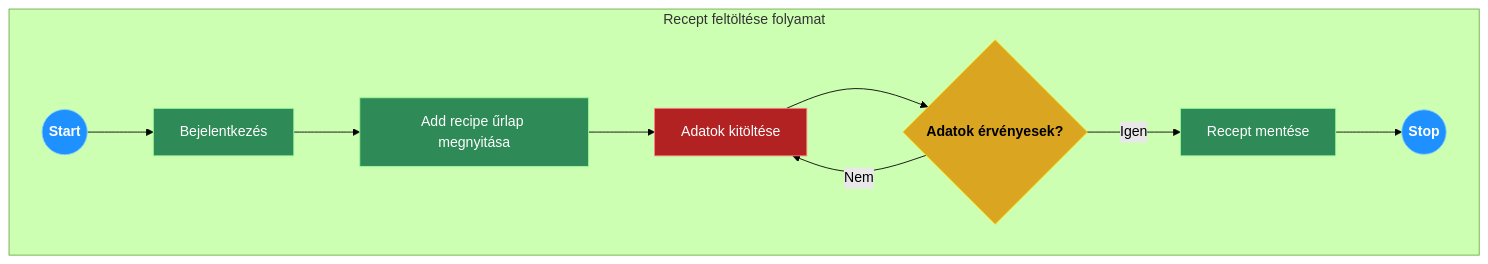
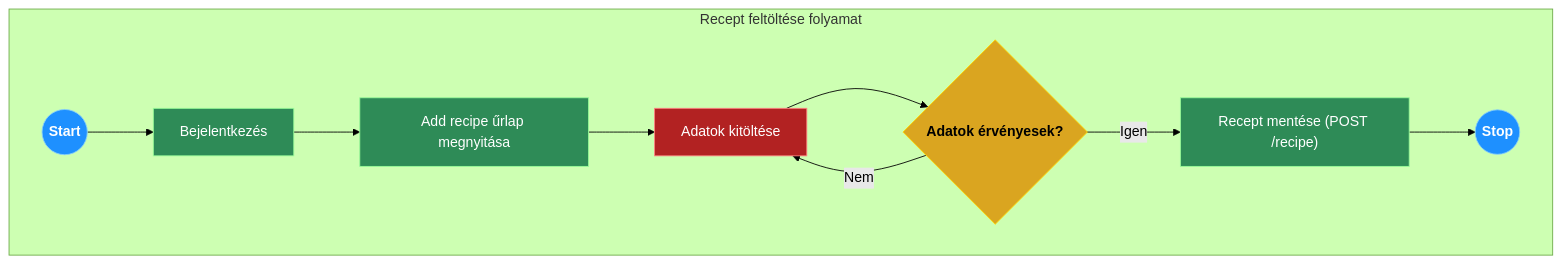
The fourth of 8 diagrams in docs/1. Rendszerterv dokumentáció.MD (bencebenko/afp-recipe-sharing), drawn with Mermaid (forest theme) before and after one commit. The commit also changed other lines of this file and 3 other files, not shown here.

````diff
--- a/docs/1. Rendszerterv dokumentáció.MD
+++ b/docs/1. Rendszerterv dokumentáció.MD
@@ -236,18 +311,18 @@
-```mermaid
+```mermaid 
 flowchart LR
     classDef startstop fill:#1E90FF,stroke:#87CEFA,color:#fff,font-weight:bold;
     classDef action fill:#2E8B57,stroke:#98FB98,color:#fff;
     classDef decision fill:#DAA520,stroke:#FFD700,color:#000,font-weight:bold;
     classDef error fill:#B22222,stroke:#FF7F7F,color:#fff;
 
     subgraph "Recept feltöltése folyamat"
         direction LR
         A((Start)):::startstop --> B["Bejelentkezés"]:::action
         B --> C["Add recipe űrlap megnyitása"]:::action
         C --> D["Adatok kitöltése"]:::action
         D --> E{"Adatok érvényesek?"}:::decision
         E -->|Nem| D:::error
-        E -->|Igen| F["Recept mentése"]:::action
+        E -->|Igen| F["Recept mentése (POST /recipe)"]:::action
         F --> H((Stop)):::startstop
     end
-```
+``` 
````
